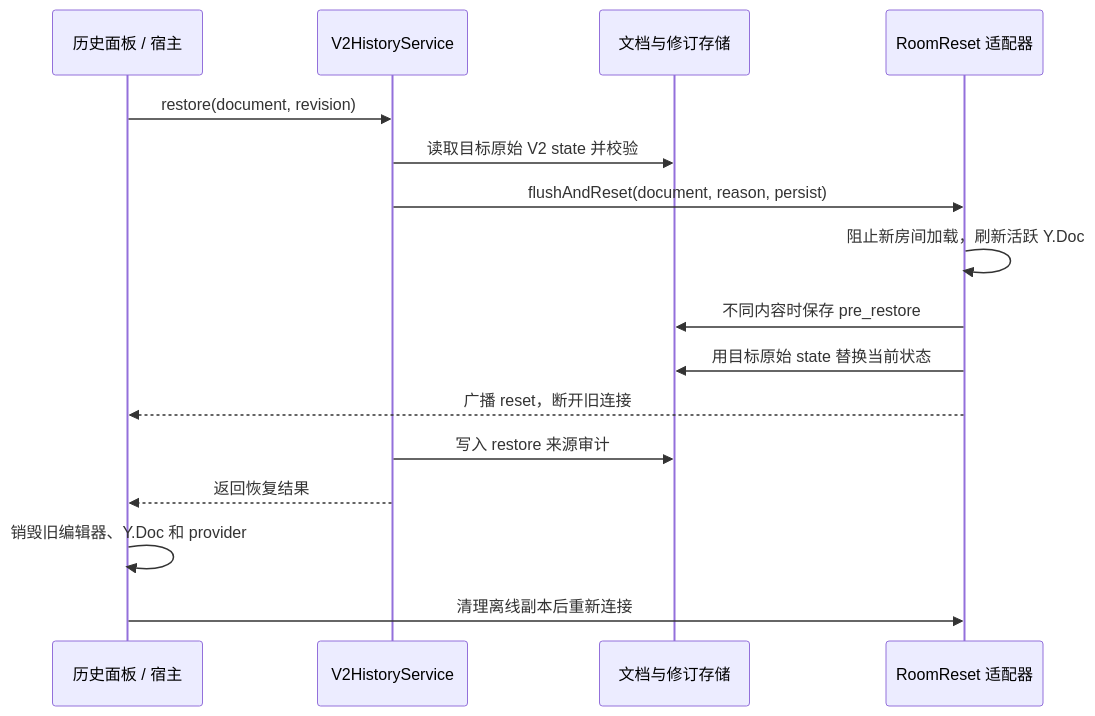
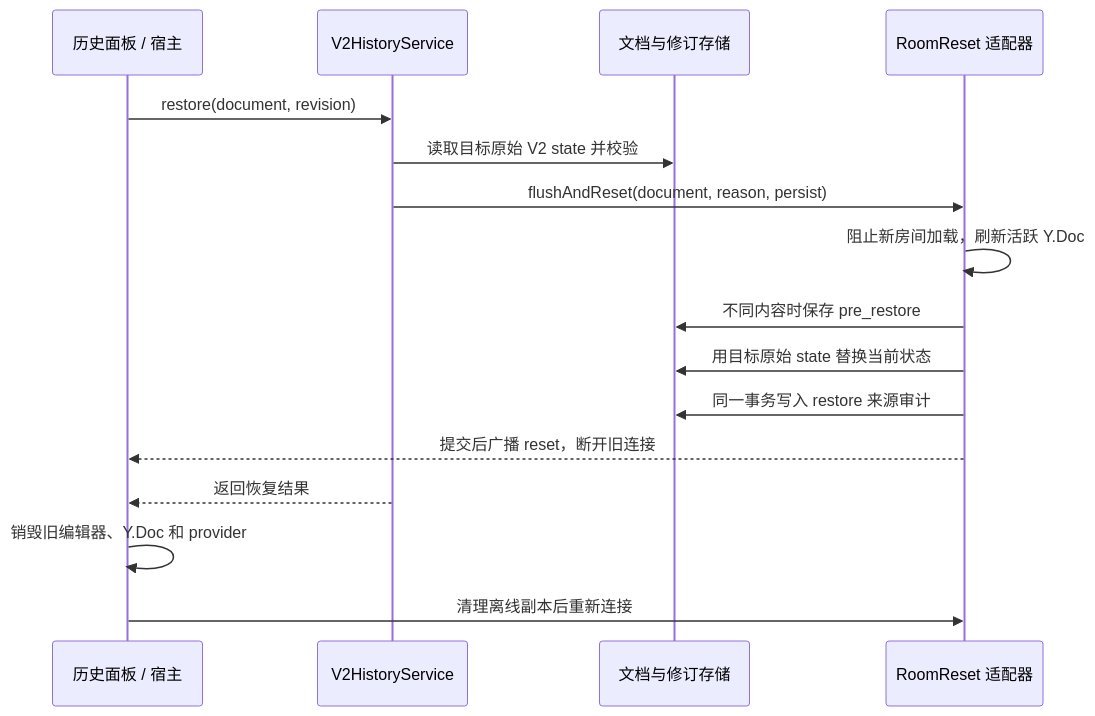
Before and after one commit to MoMeak9/tiptap-yjs-snapshot: the second of 2 diagrams in docs/architecture.zh-CN.md, drawn with Mermaid. The commit also changed other lines of this file and 20 other files, not shown here.

````diff
--- a/docs/architecture.zh-CN.md
+++ b/docs/architecture.zh-CN.md
@@ -52,18 +65,18 @@
 ```mermaid
 sequenceDiagram
   participant UI as 历史面板 / 宿主
   participant API as V2HistoryService
   participant Store as 文档与修订存储
   participant Room as RoomReset 适配器
   UI->>API: restore(document, revision)
   API->>Store: 读取目标原始 V2 state 并校验
   API->>Room: flushAndReset(document, reason, persist)
   Room->>Room: 阻止新房间加载，刷新活跃 Y.Doc
   Room->>Store: 不同内容时保存 pre_restore
   Room->>Store: 用目标原始 state 替换当前状态
-  Room-->>UI: 广播 reset，断开旧连接
-  API->>Store: 写入 restore 来源审计
+  Room->>Store: 同一事务写入 restore 来源审计
+  Room-->>UI: 提交后广播 reset，断开旧连接
   API-->>UI: 返回恢复结果
   UI->>UI: 销毁旧编辑器、Y.Doc 和 provider
   UI->>Room: 清理离线副本后重新连接
 ```
````
